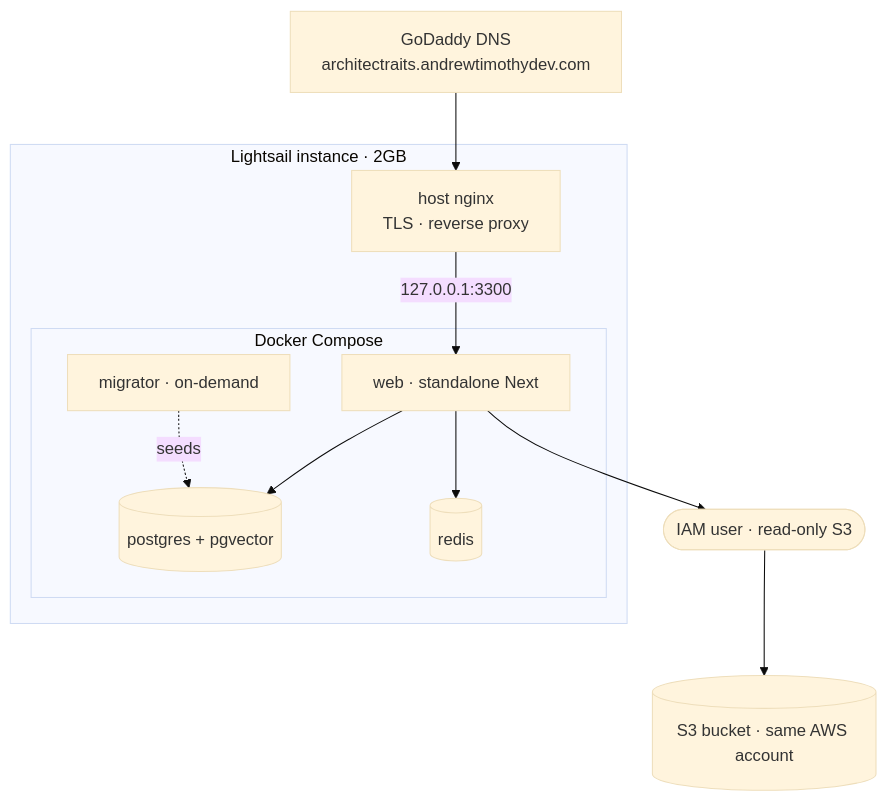
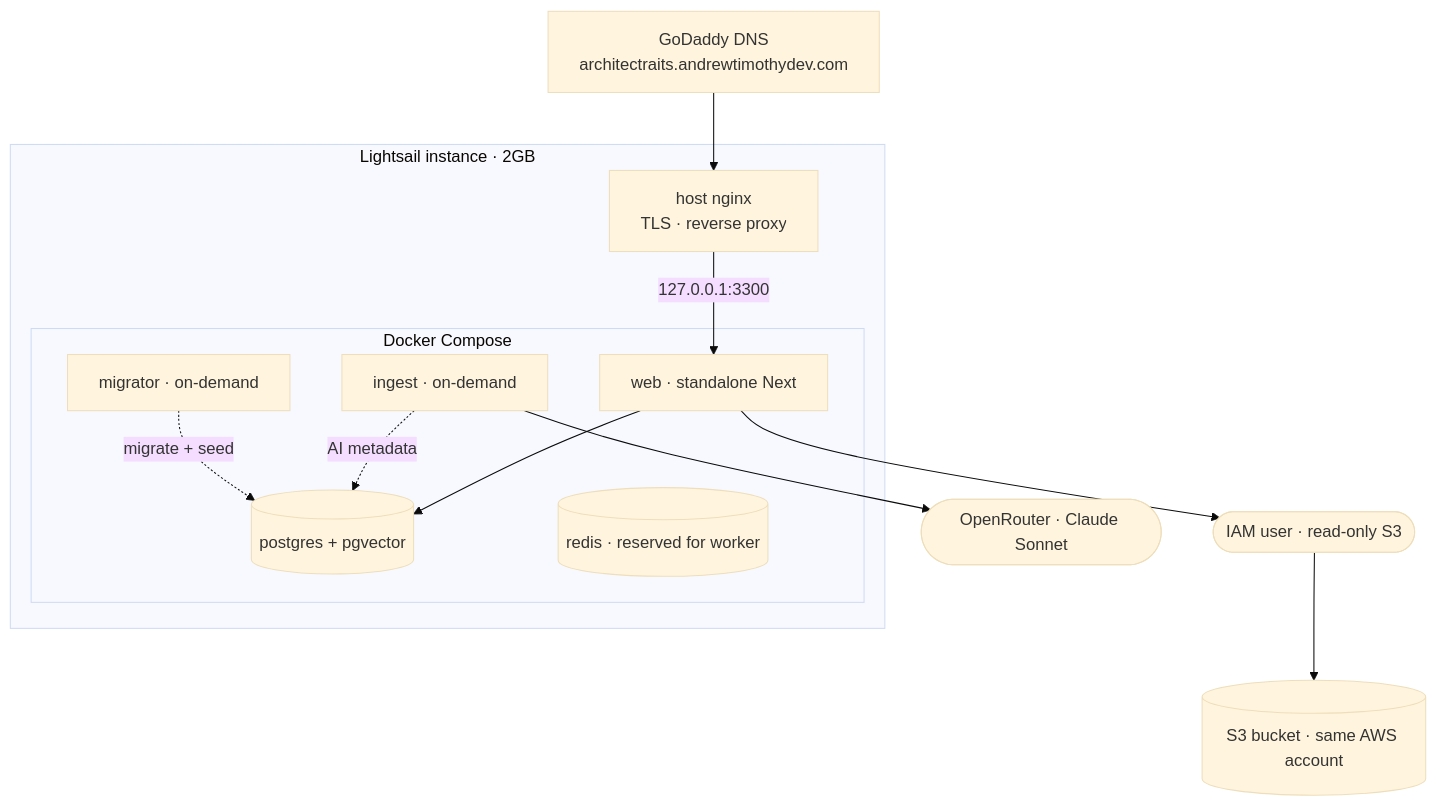
The third of 3 diagrams in README.md (Dragon-Of-Dojima/architectrAIts), drawn with Mermaid (base theme) before and after one commit. The commit also changed other lines of this file, not shown here.

````diff
--- a/README.md
+++ b/README.md
@@ -56,20 +77,21 @@
 ```mermaid
 flowchart TB
     DNS[GoDaddy DNS<br/>architectraits.andrewtimothydev.com] --> NGINX
 
     subgraph LS[Lightsail instance · 2GB]
         NGINX[host nginx<br/>TLS · reverse proxy]
         subgraph DC[Docker Compose]
             Web[web · standalone Next]
             PG[(postgres + pgvector)]
-            R[(redis)]
-            Mig[migrator · on-demand]-. seeds .-> PG
+            R[(redis · reserved for worker)]
+            Mig[migrator · on-demand]-. migrate + seed .-> PG
+            Ing[ingest · on-demand]-. AI metadata .-> PG
         end
         NGINX -->|127.0.0.1:3300| Web
         Web --> PG
-        Web --> R
     end
 
+    Ing --> ORouter([OpenRouter · Claude Sonnet])
     Web --> IAM([IAM user · read-only S3])
     IAM --> S3[(S3 bucket · same AWS account)]
 ```
````
